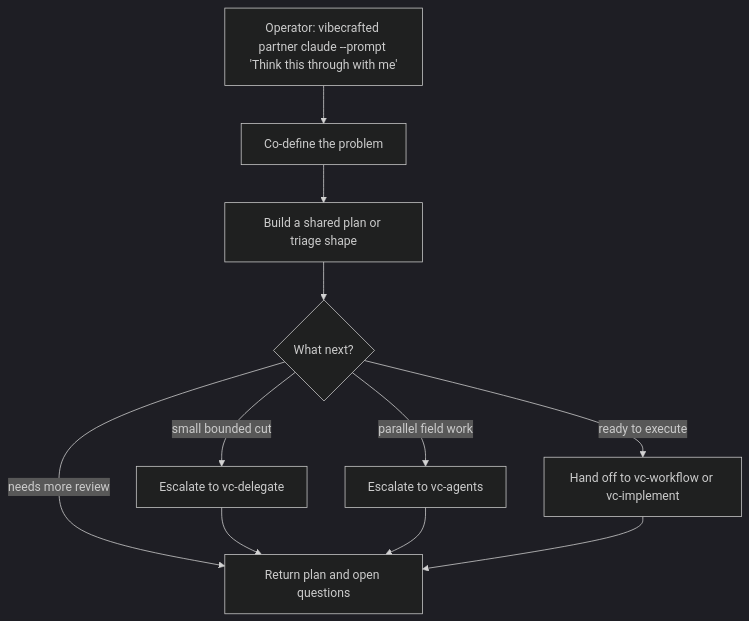
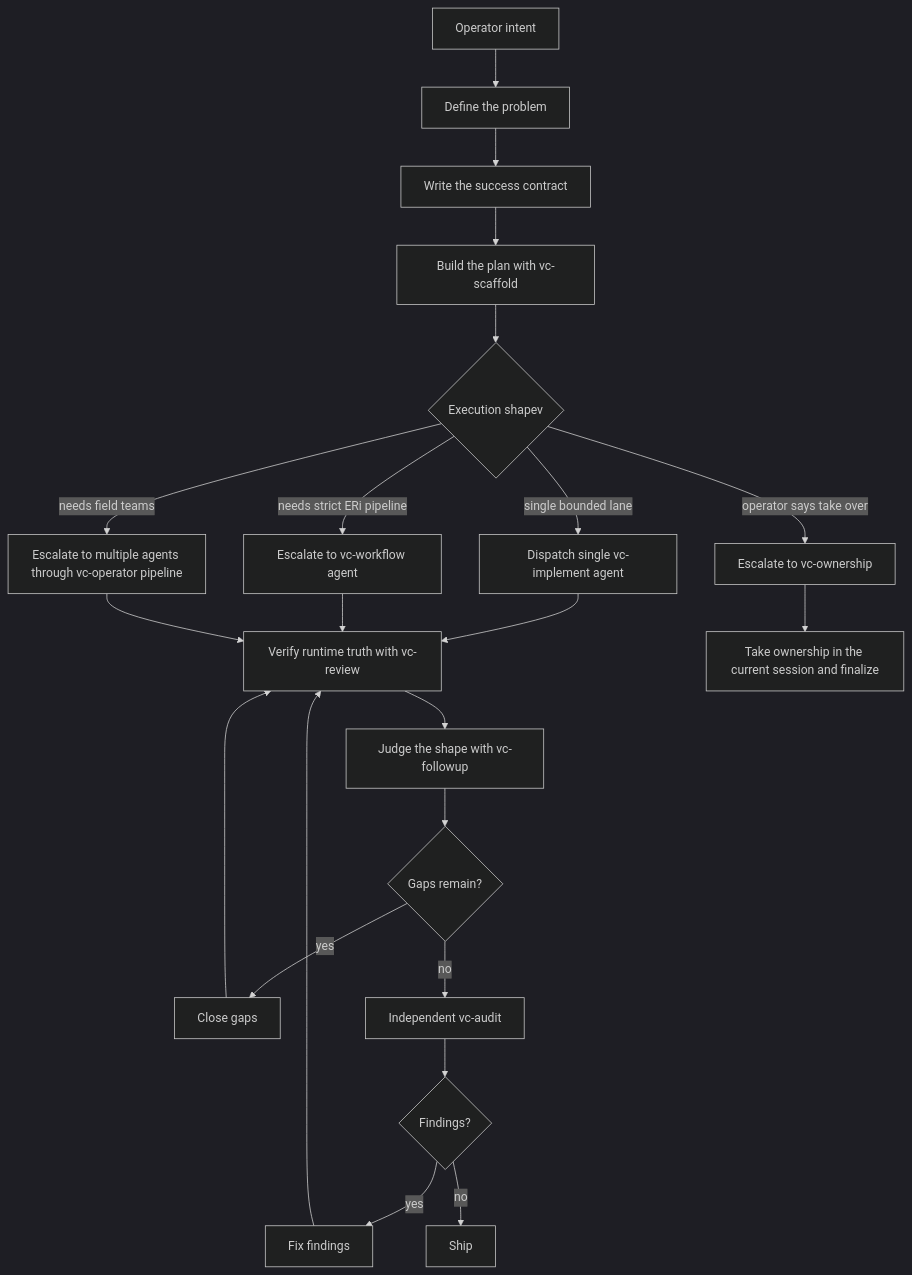
One commit to VetCoders/VibeCrafted changed the diagram in skills/vc-partner/FLOW.md. Above: the diagram before and after it, drawn with Mermaid (dark theme). The commit also changed other lines of this file and 22 other files, not shown here.

First line of the commit message:
[maciej/manual] WIP: Bump to 3.0.0-dev; formalize operator/partner docs

````diff
--- a/skills/vc-partner/FLOW.md
+++ b/skills/vc-partner/FLOW.md
@@ -5,13 +11,28 @@
 ```mermaid
 flowchart TD
-    A[Operator: vibecrafted partner claude --prompt 'Think this through with me'] --> B[Co-define the problem]
-    B --> C[Build a shared plan or triage shape]
-    C --> D{What next?}
-    D -->|small bounded cut| E[Escalate to vc-delegate]
-    D -->|parallel field work| F[Escalate to vc-agents]
-    D -->|ready to execute| G[Hand off to vc-workflow or vc-implement]
-    D -->|needs more review| H[Return plan and open questions]
-    E --> H
-    F --> H
-    G --> H
+    A[Operator intent] --> B[Define the problem]
+    B --> C[Write the success contract]
+    C --> D[Build the plan with vc-scaffold]
+    D --> E{Execution shapev}
+
+    E -->|single bounded lane| F[Dispatch single vc-implement agent]
+    E -->|needs strict ERi pipeline| G[Escalate to vc-workflow agent]
+    E -->|needs field teams| H[Escalate to multiple agents through vc-operator pipeline]
+    E -->|operator says take over| I[Escalate to vc-ownership]
+
+    F --> J[Verify runtime truth with vc-review]
+    G --> J
+    H --> J
+
+    J --> K[Judge the shape with vc-followup]
+    K --> L{Gaps remain?}
+    L -->|yes| M[Close gaps]
+    M --> J
+    L -->|no| N[Independent vc-audit]
+    N --> O{Findings?}
+    O -->|yes| P[Fix findings]
+    P --> J
+    O -->|no| Q[Ship]
+
+    I --> R[Take ownership in the current session and finalize]
 ```
````
